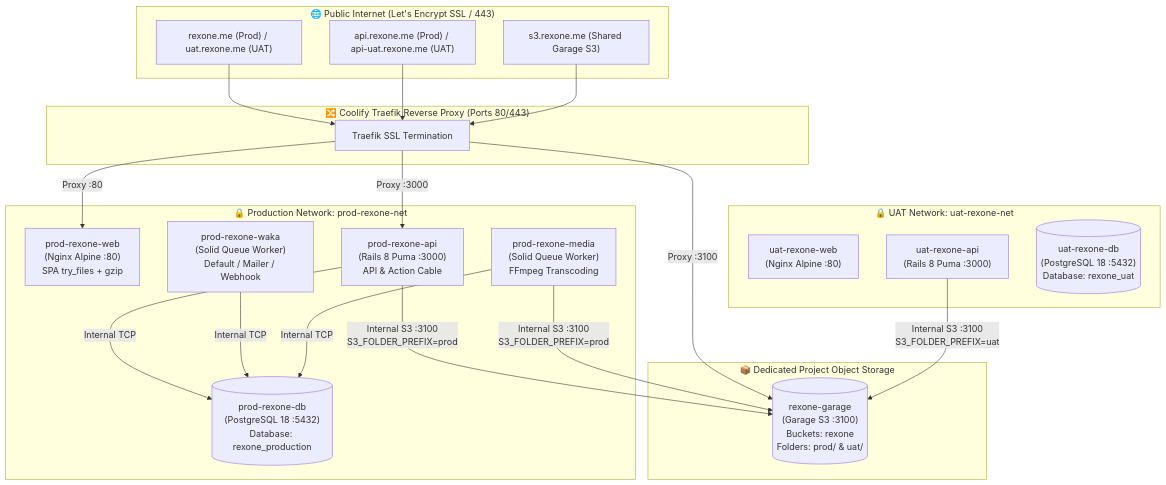
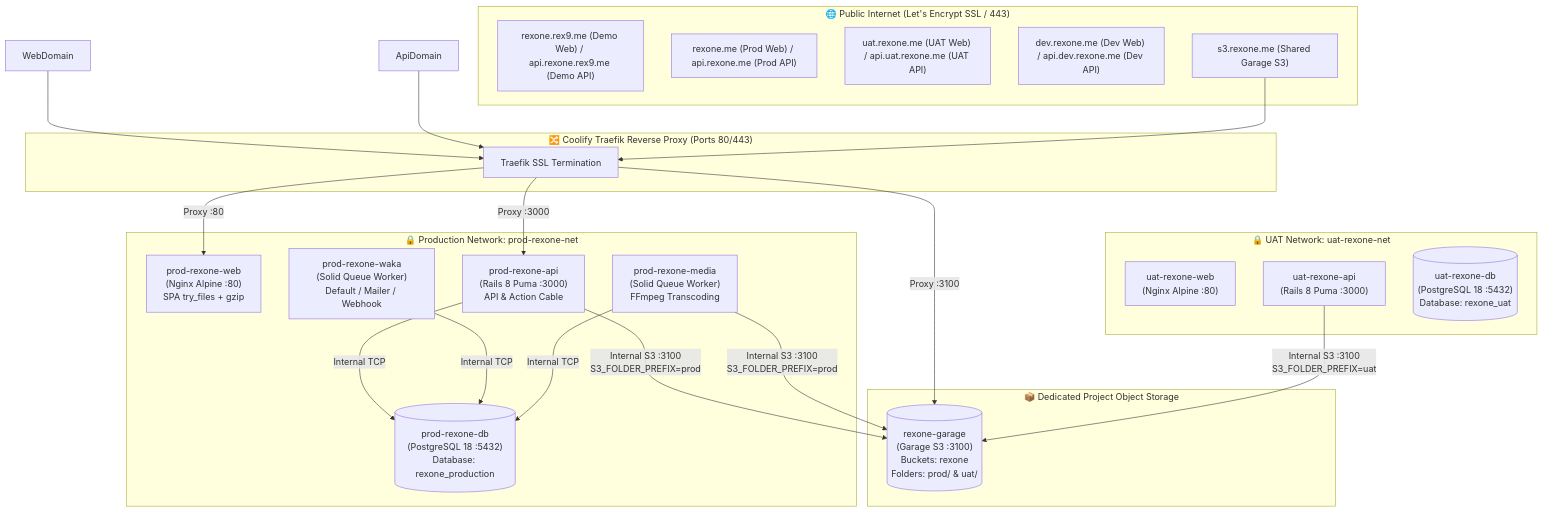
One commit to rex-9/rexone-core changed the diagram in docs/DEPLOYMENT.md. Above: the diagram before and after it, drawn with Mermaid. The commit also changed other lines of this file and 10 other files, not shown here.

````diff
--- a/docs/DEPLOYMENT.md
+++ b/docs/DEPLOYMENT.md
@@ -21,46 +21,48 @@
 ```mermaid
 flowchart TD
     subgraph Internet ["🌐 Public Internet (Let's Encrypt SSL / 443)"]
-        WebDomain["rexone.me (Prod) / uat.rexone.me (UAT)"]
-        ApiDomain["api.rexone.me (Prod) / api-uat.rexone.me (UAT)"]
+        DemoDomain["rexone.rex9.me (Demo Web) / api.rexone.rex9.me (Demo API)"]
+        ProdDomain["rexone.me (Prod Web) / api.rexone.me (Prod API)"]
+        UatDomain["uat.rexone.me (UAT Web) / api.uat.rexone.me (UAT API)"]
+        DevDomain["dev.rexone.me (Dev Web) / api.dev.rexone.me (Dev API)"]
         S3Domain["s3.rexone.me (Shared Garage S3)"]
     end
 
     subgraph CoolifyTraefik ["🔀 Coolify Traefik Reverse Proxy (Ports 80/443)"]
         Traefik["Traefik SSL Termination"]
     end
 
     subgraph ProdNet ["🔒 Production Network: prod-rexone-net"]
         WebProd["prod-rexone-web\n(Nginx Alpine :80)\nSPA try_files + gzip"]
         ApiProd["prod-rexone-api\n(Rails 8 Puma :3000)\nAPI & Action Cable"]
         WakaProd["prod-rexone-waka\n(Solid Queue Worker)\nDefault / Mailer / Webhook"]
         MediaProd["prod-rexone-media\n(Solid Queue Worker)\nFFmpeg Transcoding"]
         DbProd[("prod-rexone-db\n(PostgreSQL 18 :5432)\nDatabase: rexone_production")]
     end
 
     subgraph UatNet ["🔒 UAT Network: uat-rexone-net"]
         WebUat["uat-rexone-web\n(Nginx Alpine :80)"]
         ApiUat["uat-rexone-api\n(Rails 8 Puma :3000)"]
         DbUat[("uat-rexone-db\n(PostgreSQL 18 :5432)\nDatabase: rexone_uat")]
     end
 
     subgraph ProjectStorage ["📦 Dedicated Project Object Storage"]
         Garage[("rexone-garage\n(Garage S3 :3100)\nBuckets: rexone\nFolders: prod/ & uat/")]
     end
 
     WebDomain --> Traefik
     ApiDomain --> Traefik
     S3Domain --> Traefik
 
     Traefik -->|Proxy :80| WebProd
     Traefik -->|Proxy :3000| ApiProd
     Traefik -->|Proxy :3100| Garage
 
     ApiProd -->|Internal TCP| DbProd
     WakaProd -->|Internal TCP| DbProd
     MediaProd -->|Internal TCP| DbProd
 
     ApiProd -->|Internal S3 :3100\nS3_FOLDER_PREFIX=prod| Garage
     MediaProd -->|Internal S3 :3100\nS3_FOLDER_PREFIX=prod| Garage
     ApiUat -->|Internal S3 :3100\nS3_FOLDER_PREFIX=uat| Garage
 ```
````
